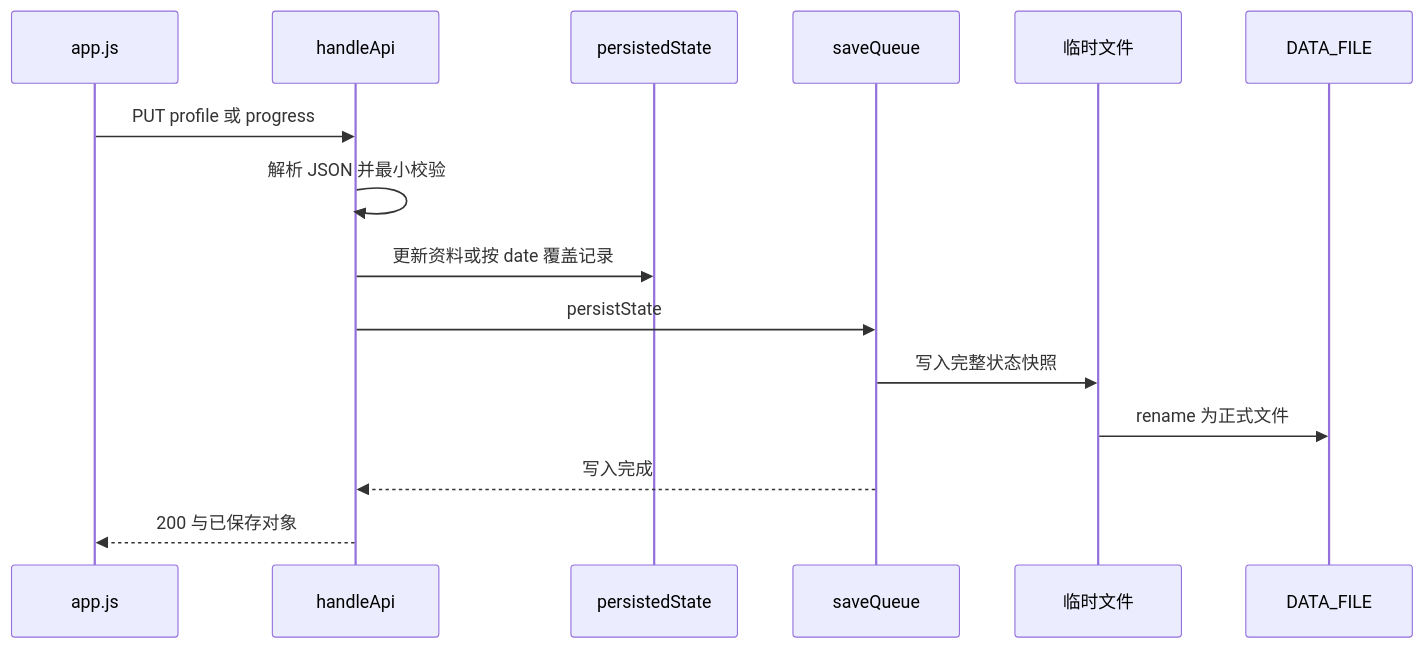
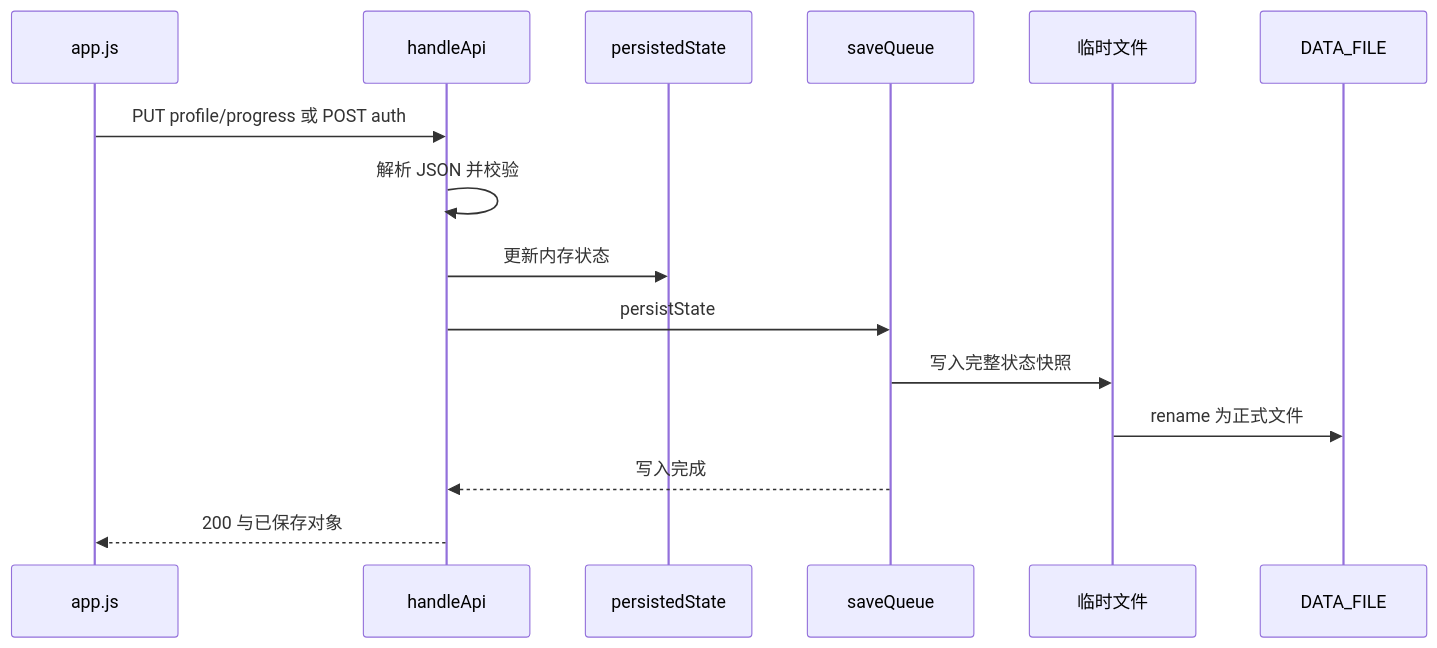
Before and after one commit to guccang/yuanbao: the sixth of 7 diagrams in docs/codinghub/flows.md, drawn with Mermaid. The commit also changed other lines of this file and 3 other files, not shown here.

````diff
--- a/docs/codinghub/flows.md
+++ b/docs/codinghub/flows.md
@@ -129,18 +166,18 @@
 ```mermaid
 sequenceDiagram
     participant A as app.js
     participant H as handleApi
     participant M as persistedState
     participant Q as saveQueue
     participant T as 临时文件
     participant F as DATA_FILE
 
-    A->>H: PUT profile 或 progress
-    H->>H: 解析 JSON 并最小校验
-    H->>M: 更新资料或按 date 覆盖记录
+    A->>H: PUT profile/progress 或 POST auth
+    H->>H: 解析 JSON 并校验
+    H->>M: 更新内存状态
     H->>Q: persistState
     Q->>T: 写入完整状态快照
     T->>F: rename 为正式文件
     Q-->>H: 写入完成
     H-->>A: 200 与已保存对象
 ```
````
